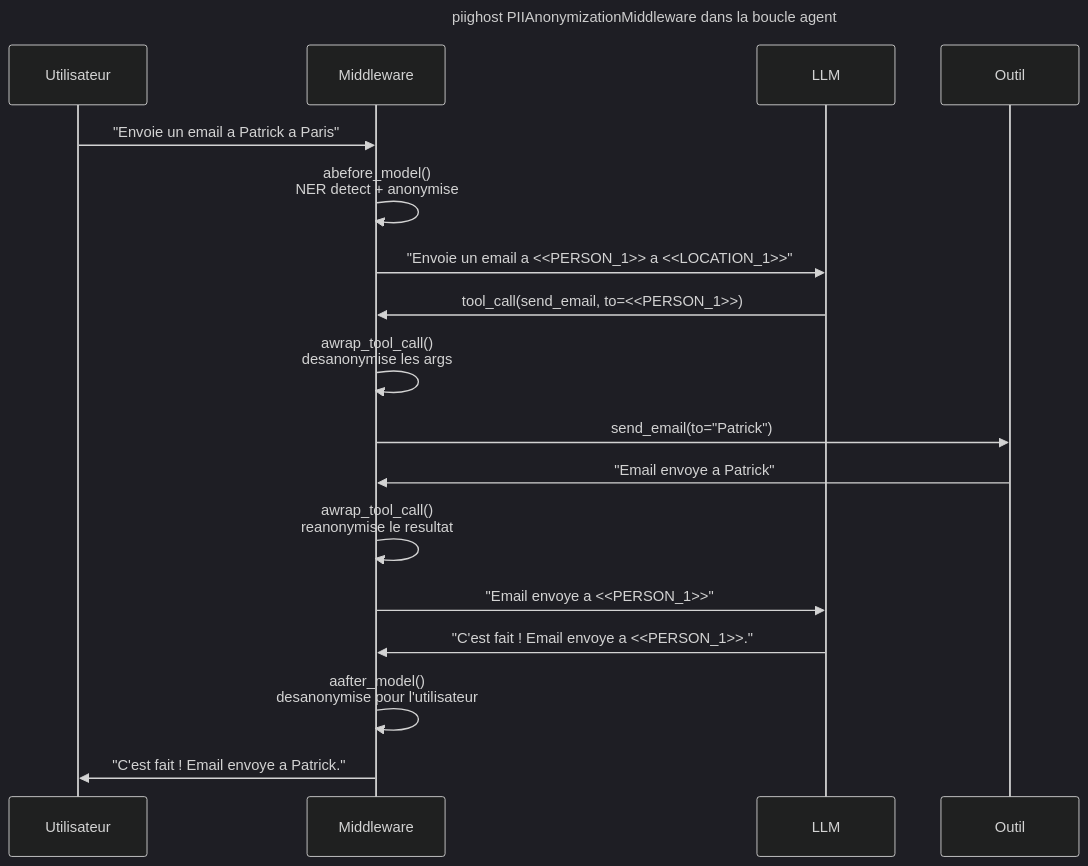
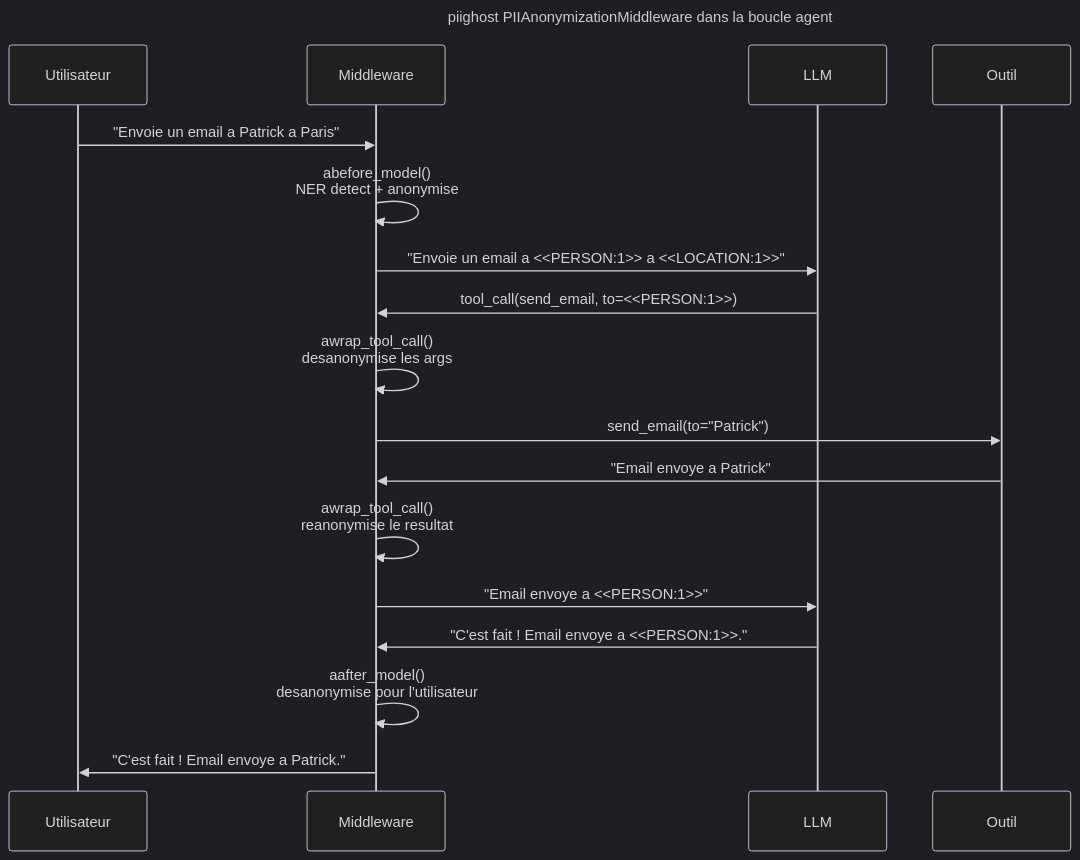
One commit to Athroniaeth/piighost changed the third of 4 diagrams in docs/fr/architecture.md. Above: the diagram before and after it, drawn with Mermaid (dark theme). The commit also changed other lines of this file and 66 other files, not shown here.

````diff
--- a/docs/fr/architecture.md
+++ b/docs/fr/architecture.md
@@ -170,23 +170,23 @@
 ```mermaid
 ---
 title: "piighost PIIAnonymizationMiddleware dans la boucle agent"
 ---
 sequenceDiagram
     participant U as Utilisateur
     participant M as Middleware
     participant L as LLM
     participant T as Outil
 
     U->>M: "Envoie un email a Patrick a Paris"
     M->>M: abefore_model()<br/>NER detect + anonymise
-    M->>L: "Envoie un email a <<PERSON_1>> a <<LOCATION_1>>"
-    L->>M: tool_call(send_email, to=<<PERSON_1>>)
+    M->>L: "Envoie un email a <<PERSON:1>> a <<LOCATION:1>>"
+    L->>M: tool_call(send_email, to=<<PERSON:1>>)
     M->>M: awrap_tool_call()<br/>desanonymise les args
     M->>T: send_email(to="Patrick")
     T->>M: "Email envoye a Patrick"
     M->>M: awrap_tool_call()<br/>reanonymise le resultat
-    M->>L: "Email envoye a <<PERSON_1>>"
-    L->>M: "C'est fait ! Email envoye a <<PERSON_1>>."
+    M->>L: "Email envoye a <<PERSON:1>>"
+    L->>M: "C'est fait ! Email envoye a <<PERSON:1>>."
     M->>M: aafter_model()<br/>desanonymise pour l'utilisateur
     M->>U: "C'est fait ! Email envoye a Patrick."
 ```
````
